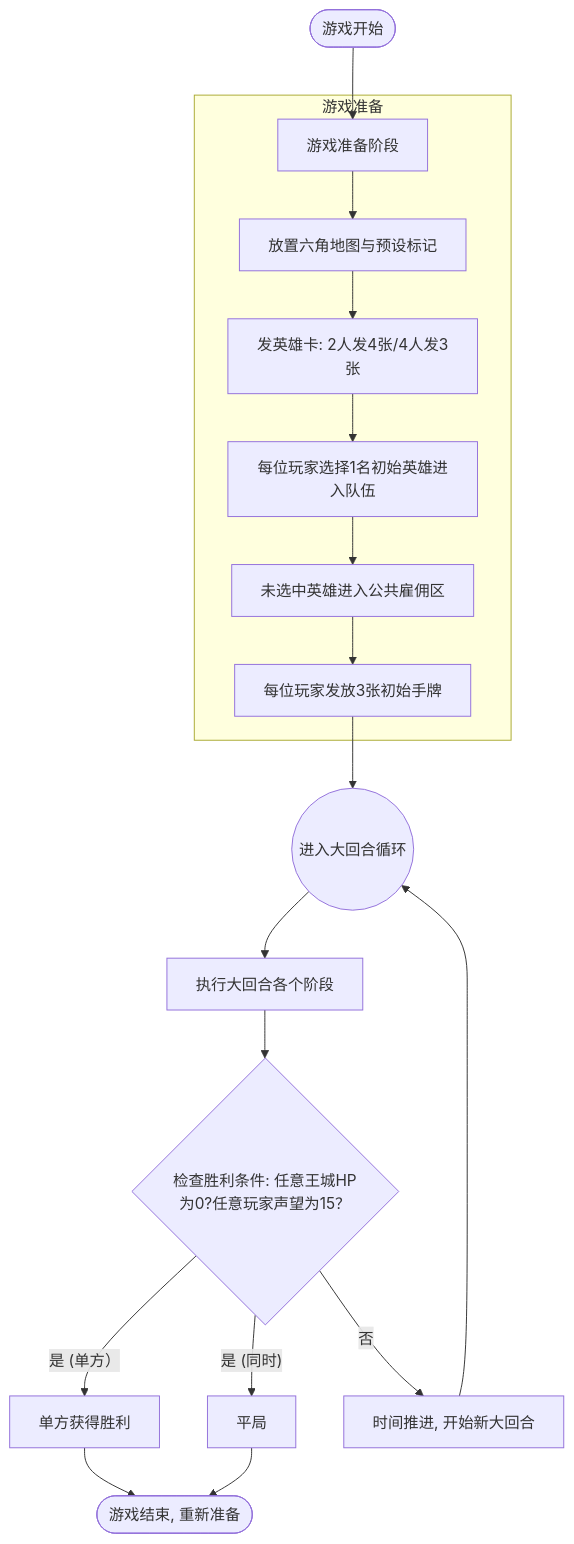
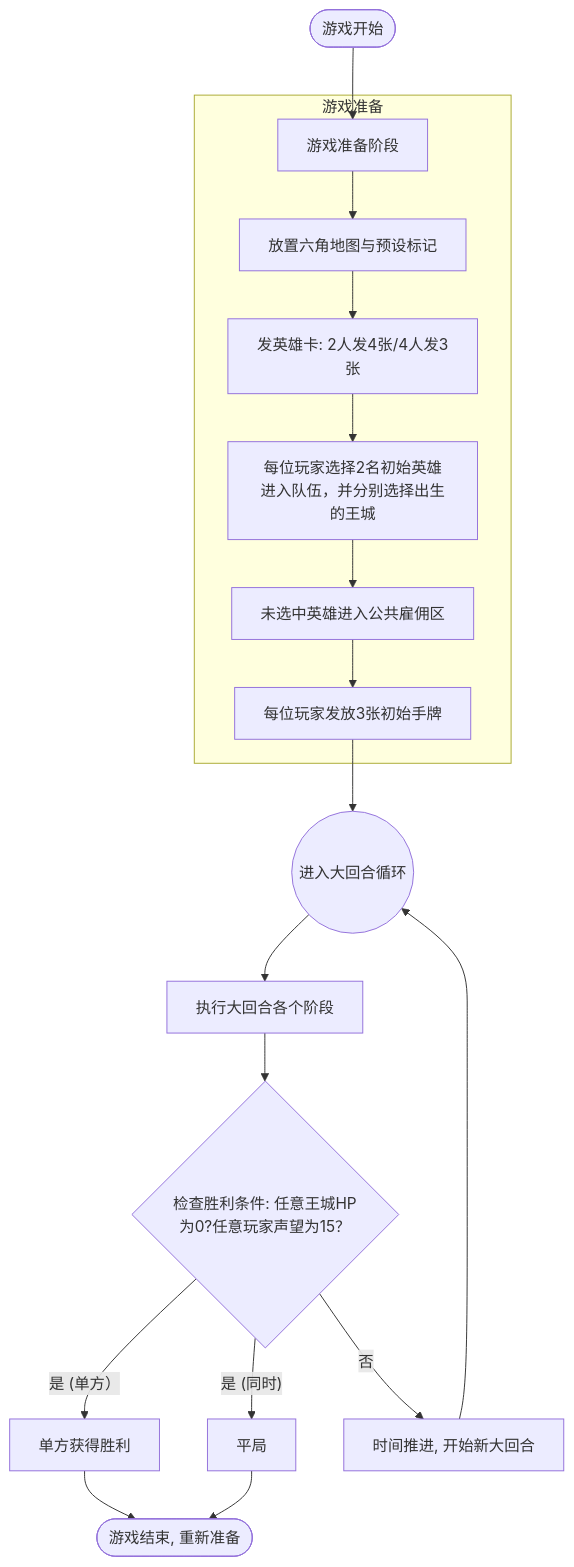
One commit to zhipijun1996/heros_war changed the first of 6 diagrams in flow.md. Above: the diagram before and after it, drawn with Mermaid.

````diff
--- a/flow.md
+++ b/flow.md
@@ -1,25 +1,25 @@
 ```mermaid
 graph TD
     Start([游戏开始]) --> Setup[游戏准备阶段]
     
     subgraph 游戏准备
         Setup --> PlaceMap[放置六角地图与预设标记]
         PlaceMap --> DealHeroes[发英雄卡: 2人发4张/4人发3张]
-        DealHeroes --> SelectHero[每位玩家选择1名初始英雄进入队伍]
+        DealHeroes --> SelectHero[每位玩家选择2名初始英雄进入队伍，并分别选择出生的王城]
         SelectHero --> Pool[未选中英雄进入公共雇佣区]
         Pool --> DealCards[每位玩家发放3张初始手牌]
     end
 
     DealCards --> RoundLoop((进入大回合循环))
 
     RoundLoop --> MainRound[执行大回合各个阶段]
     MainRound --> CheckWin{检查胜利条件: 任意王城HP为0?任意玩家声望为15？}
     
     CheckWin -- "是 (单方）" --> Winner[单方获得胜利]
     CheckWin -- "是 (同时)" --> Draw[平局]
     Winner --> End([游戏结束, 重新准备])
     Draw --> End
     
     CheckWin -- "否" --> StartNextRound[时间推进, 开始新大回合]
     StartNextRound --> RoundLoop
 ```
````
